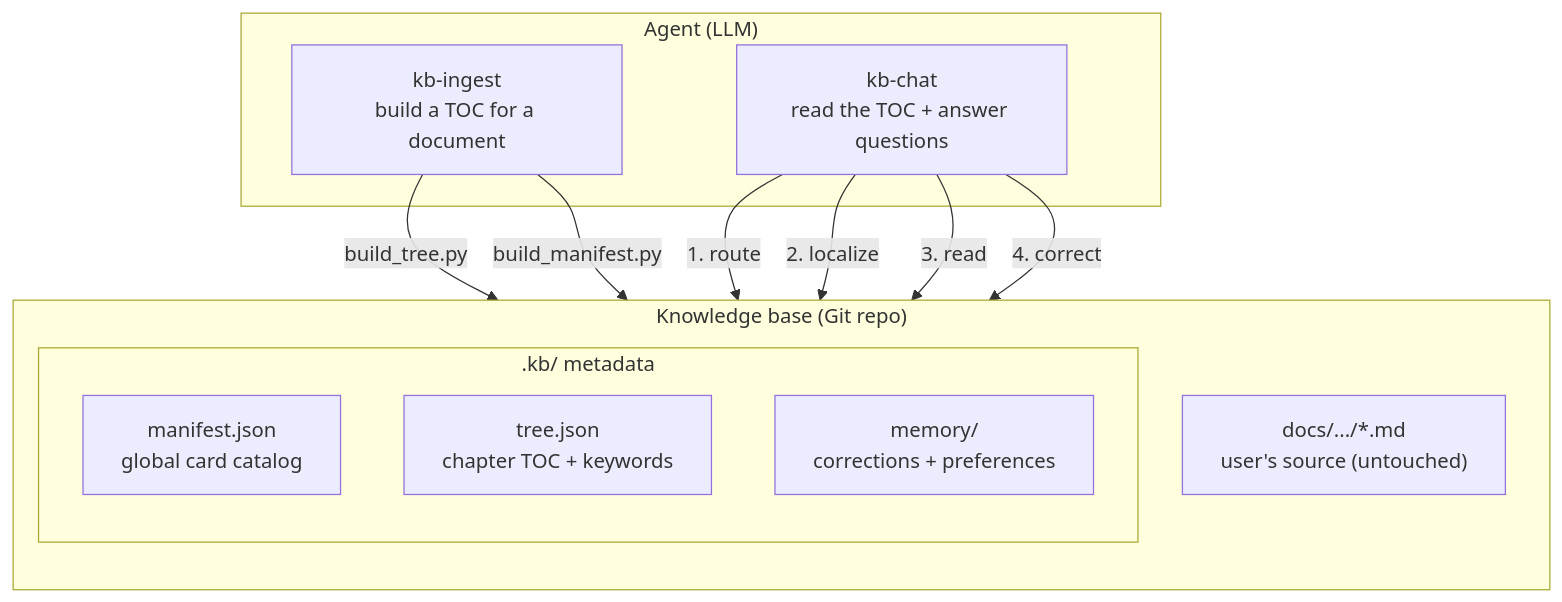
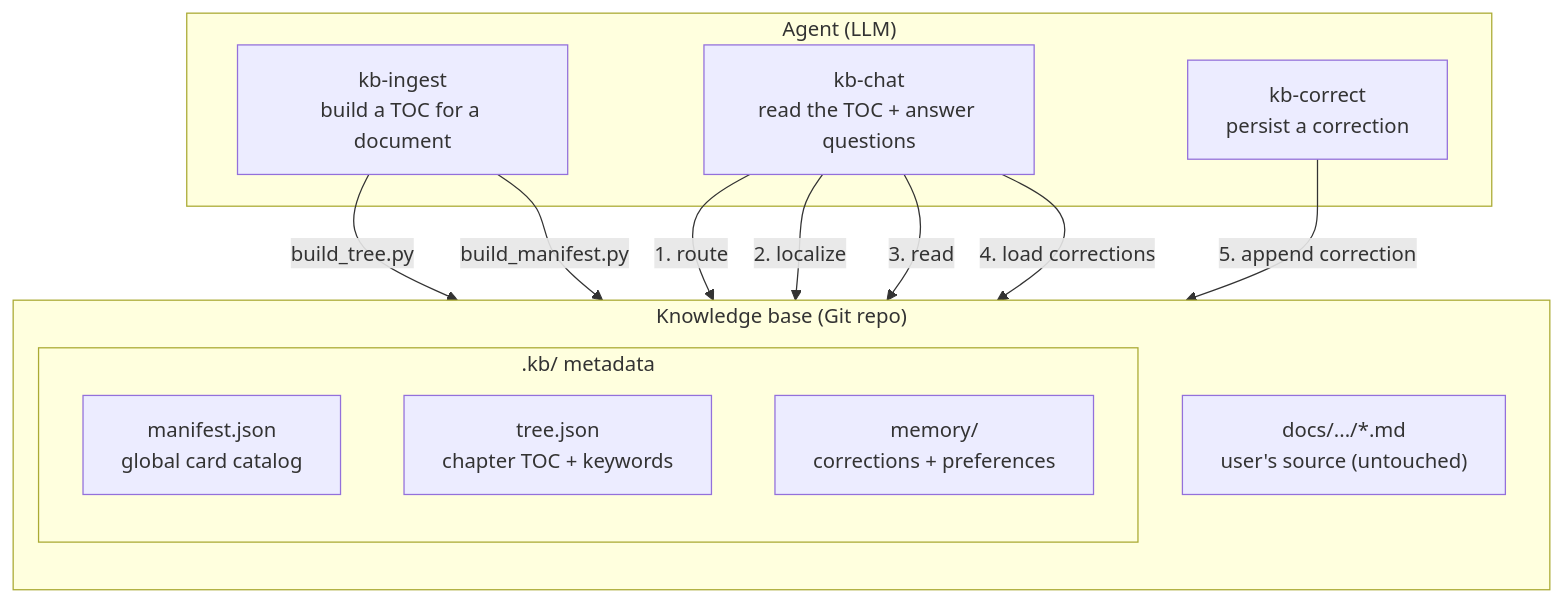
The second of 2 diagrams in README.md (waylondev/kb-pilot), drawn with Mermaid before and after one commit. The commit also changed other lines of this file and 4 other files, not shown here.

First line of the commit message:
docs: add kb-correct skill and update docs for correction workflow

````diff
--- a/README.md
+++ b/README.md
@@ -106,24 +106,26 @@
 ```mermaid
 graph TB
     subgraph Agent["Agent (LLM)"]
         INGEST["kb-ingest<br/>build a TOC for a document"]
         CHAT["kb-chat<br/>read the TOC + answer questions"]
+        CORRECT["kb-correct<br/>persist a correction"]
     end
 
     subgraph KB["Knowledge base (Git repo)"]
         direction TB
         subgraph Meta[".kb/ metadata"]
             MANIFEST["manifest.json<br/>global card catalog"]
             TREE["tree.json<br/>chapter TOC + keywords"]
             MEMORY["memory/<br/>corrections + preferences"]
         end
         SOURCE["docs/.../*.md<br/>user's source (untouched)"]
     end
 
     INGEST -->|"build_tree.py"| TREE
     INGEST -->|"build_manifest.py"| MANIFEST
     CHAT -->|"1. route"| MANIFEST
     CHAT -->|"2. localize"| TREE
     CHAT -->|"3. read"| SOURCE
-    CHAT -->|"4. correct"| MEMORY
+    CHAT -->|"4. load corrections"| MEMORY
+    CORRECT -->|"5. append correction"| MEMORY
 ```
````
